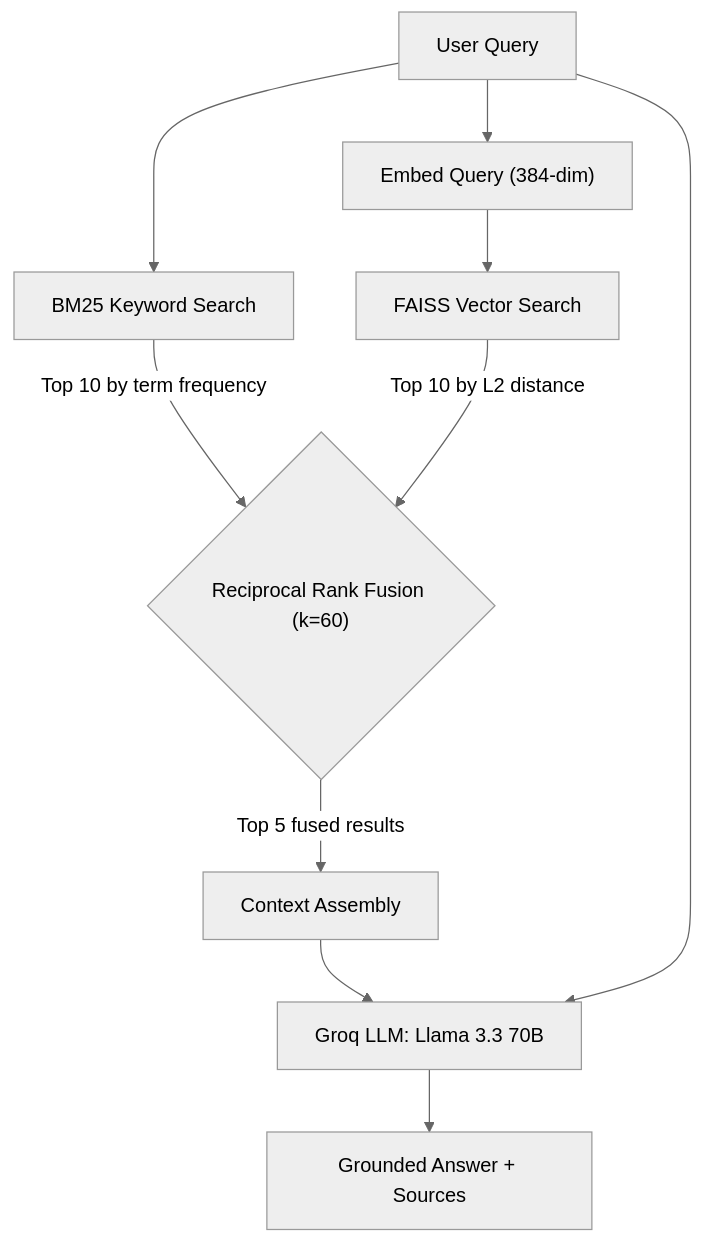
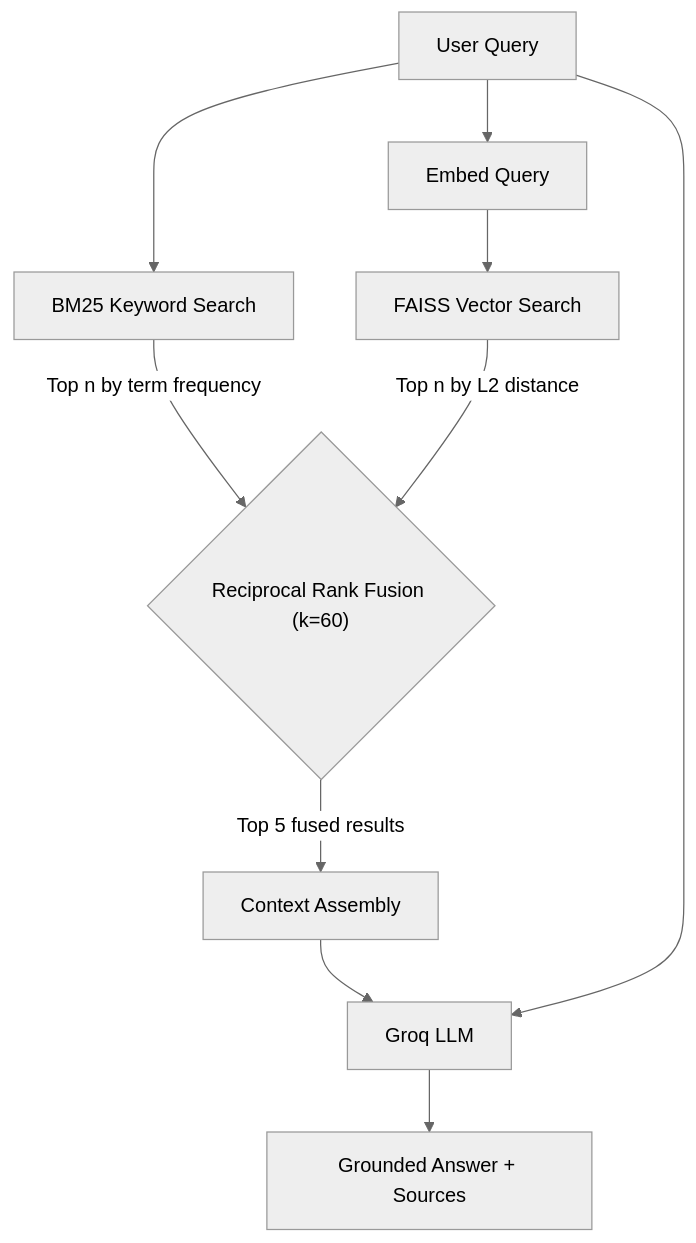
One commit to krishna-notfound/sparkplug-rag changed the first of 2 diagrams in README.md. Above: the diagram before and after it, drawn with Mermaid (neutral theme). The commit also changed other lines of this file, not shown here.

````diff
--- a/README.md
+++ b/README.md
@@ -62,12 +62,12 @@
 ```mermaid
 graph TD
     Q[User Query] --> BM["BM25 Keyword Search"]
-    Q --> EMB["Embed Query (384-dim)"]
+    Q --> EMB["Embed Query"]
     EMB --> FAISS["FAISS Vector Search"]
-    BM --> |"Top 10 by term frequency"| RRF{"Reciprocal Rank Fusion (k=60)"}
-    FAISS --> |"Top 10 by L2 distance"| RRF
+    BM --> |"Top n by term frequency"| RRF{"Reciprocal Rank Fusion (k=60)"}
+    FAISS --> |"Top n by L2 distance"| RRF
     RRF --> |"Top 5 fused results"| CTX["Context Assembly"]
-    CTX --> LLM["Groq LLM: Llama 3.3 70B"]
+    CTX --> LLM["Groq LLM"]
     Q --> LLM
     LLM --> ANS["Grounded Answer + Sources"]
 ```
````
